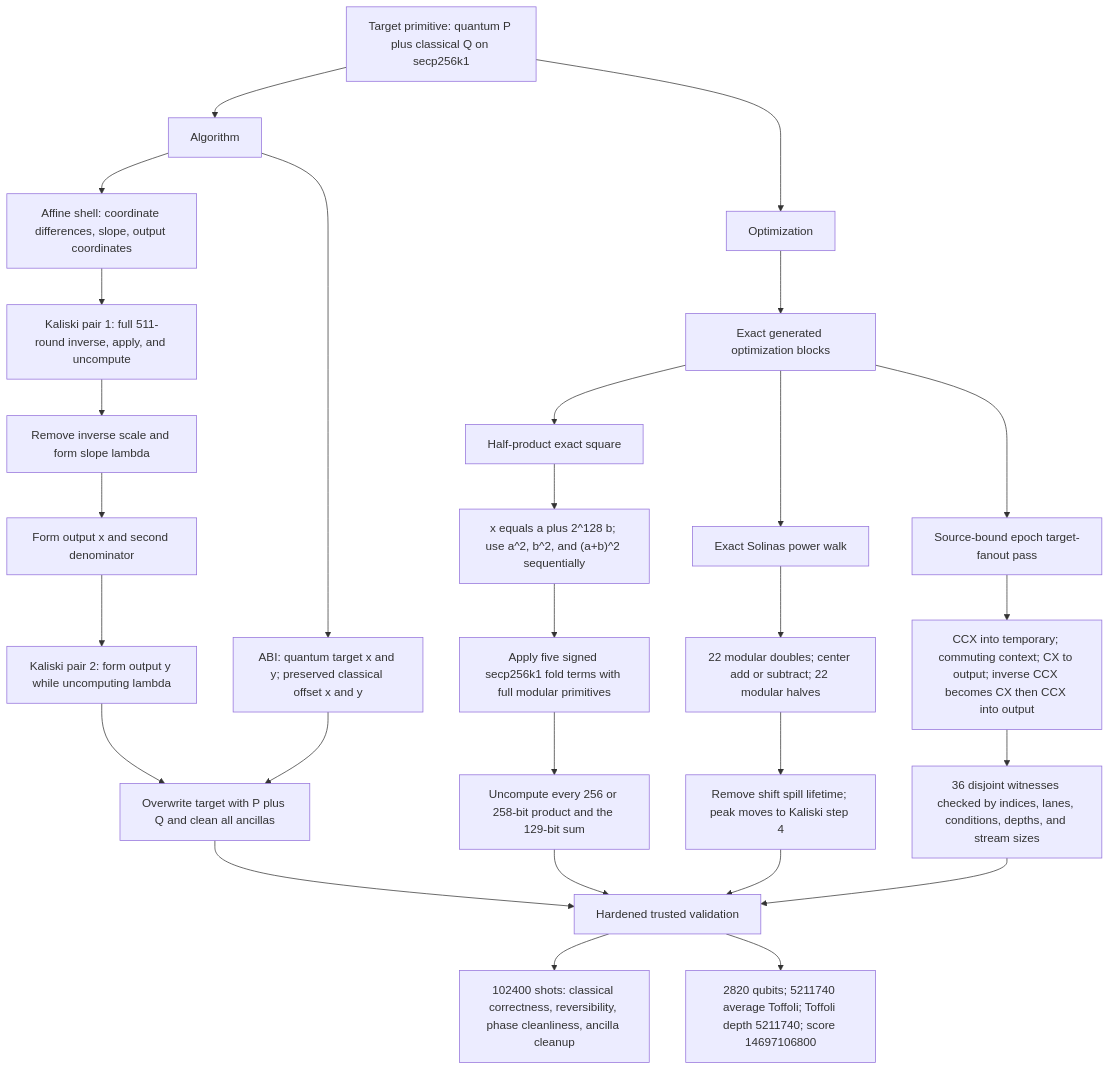
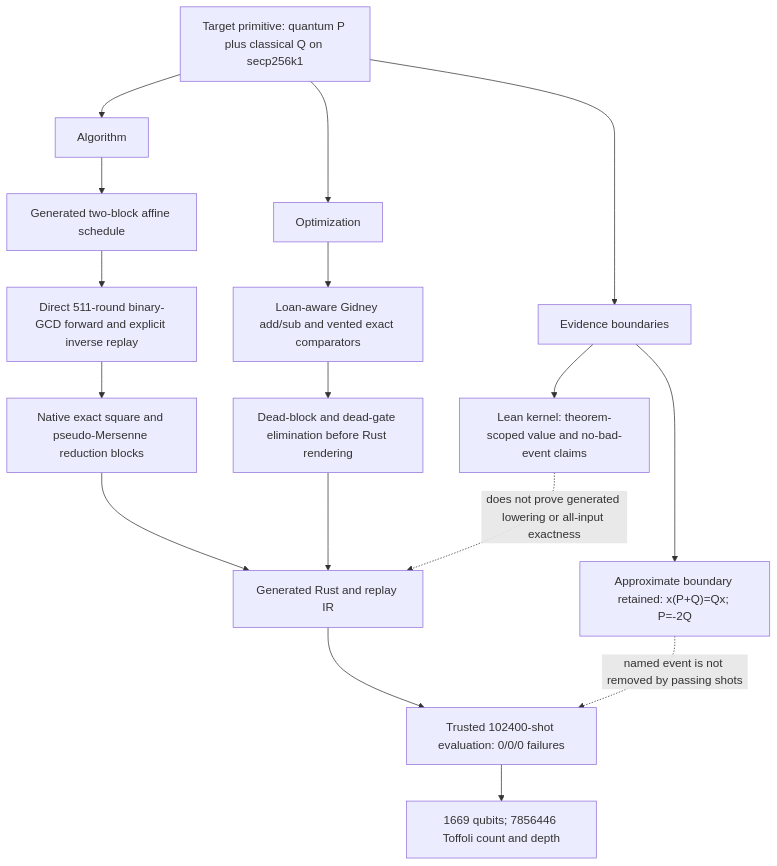
One commit to ecdlp-contest/ecdlp-point-add changed the diagram in src/point_add/architecture.mmd. Above: the diagram before and after it, drawn with Mermaid. The commit also changed 14 other files, not shown here.

Commit message:
Accept point-add-secp256k1-v1 submission sub_mt51r0em_2n20no

```diff
--- a/src/point_add/architecture.mmd
+++ b/src/point_add/architecture.mmd
@@ -1,36 +1,29 @@
 flowchart TD
+  %% @generated by tools/ecdlp_codegen.py
+  %% generator-version: ecdlp-codegen/v1
+  %% generator-sha256: 9f2e055ad2441049ef63a01ac34341c7fcc8880323d3734b573036cb5d6d8471
+  %% profile-sha256: afc3be6a118b3dead47539821d6e0f4eb7186479b0ffdcead2c95eecc8e91790
+  %% artifact: architecture.mmd
+  %% formal-input: see the reviewed profile for theorem-scoped authority
+  %% DO NOT EDIT; regenerate from the reviewed profile.
+
   Target["Target primitive: quantum P plus classical Q on secp256k1"]
   Algorithm["Algorithm"]
   Optimization["Optimization"]
+  Evidence["Evidence boundaries"]
   Target --> Algorithm
   Target --> Optimization
-  Algorithm --> Contract["ABI: quantum target x and y; preserved classical offset x and y"]
-  Algorithm --> Affine["Affine shell: coordinate differences, slope, output coordinates"]
-  Optimization --> Exact["Exact generated optimization blocks"]
-
-  Affine --> Pair1["Kaliski pair 1: full 511-round inverse, apply, and uncompute"]
-  Pair1 --> Lambda["Remove inverse scale and form slope lambda"]
-  Lambda --> XCoord["Form output x and second denominator"]
-  XCoord --> Pair2["Kaliski pair 2: form output y while uncomputing lambda"]
-  Pair2 --> Result["Overwrite target with P plus Q and clean all ancillas"]
-  Contract --> Result
-
-  Exact --> Square["Half-product exact square"]
-  Square --> Identity["x equals a plus 2^128 b; use a^2, b^2, and (a+b)^2 sequentially"]
-  Identity --> Fold["Apply five signed secp256k1 fold terms with full modular primitives"]
-  Fold --> Bennett["Uncompute every 256 or 258-bit product and the 129-bit sum"]
-
-  Exact --> Solinas["Exact Solinas power walk"]
-  Solinas --> Walk["22 modular doubles; center add or subtract; 22 modular halves"]
-  Walk --> Peak["Remove shift spill lifetime; peak moves to Kaliski step 4"]
-
-  Exact --> Fanout["Source-bound epoch target-fanout pass"]
-  Fanout --> Rule["CCX into temporary; commuting context; CX to output; inverse CCX becomes CX then CCX into output"]
-  Rule --> Guard["36 disjoint witnesses checked by indices, lanes, conditions, depths, and stream sizes"]
-
-  Result --> Validation["Hardened trusted validation"]
-  Bennett --> Validation
-  Peak --> Validation
-  Guard --> Validation
-  Validation --> Checks["102400 shots: classical correctness, reversibility, phase cleanliness, ancilla cleanup"]
-  Validation --> Metrics["2820 qubits; 5211740 average Toffoli; Toffoli depth 5211740; score 14697106800"]
+  Target --> Evidence
+  Algorithm --> Affine["Generated two-block affine schedule"]
+  Affine --> Replay["Direct 511-round binary-GCD forward and explicit inverse replay"]
+  Replay --> ExactField["Native exact square and pseudo-Mersenne reduction blocks"]
+  Optimization --> Loans["Loan-aware Gidney add/sub and vented exact comparators"]
+  Loans --> Trim["Dead-block and dead-gate elimination before Rust rendering"]
+  ExactField --> Output["Generated Rust and replay IR"]
+  Trim --> Output
+  Evidence --> Formal["Lean kernel: theorem-scoped value and no-bad-event claims"]
+  Evidence --> Approx["Approximate boundary retained: x(P+Q)=Qx; P=-2Q"]
+  Output --> Evaluation["Trusted 102400-shot evaluation: 0/0/0 failures"]
+  Evaluation --> Metrics["1669 qubits; 7856446 Toffoli count and depth"]
+  Formal -. "does not prove generated lowering or all-input exactness" .-> Output
+  Approx -. "named event is not removed by passing shots" .-> Evaluation
```
